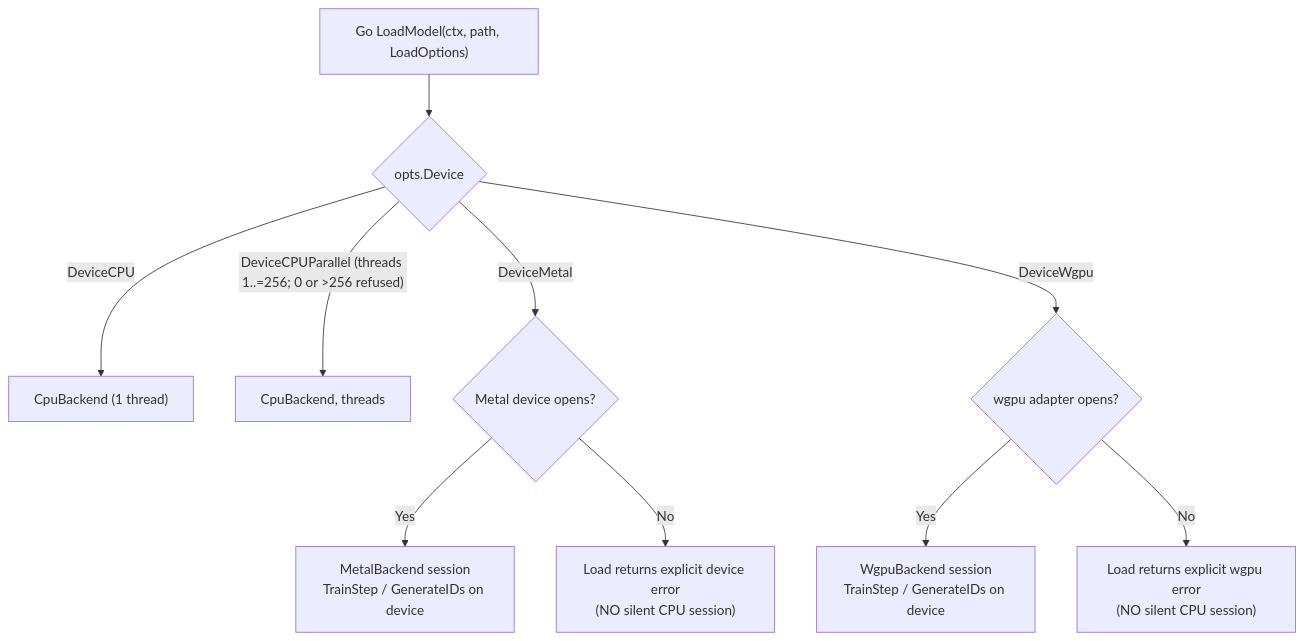
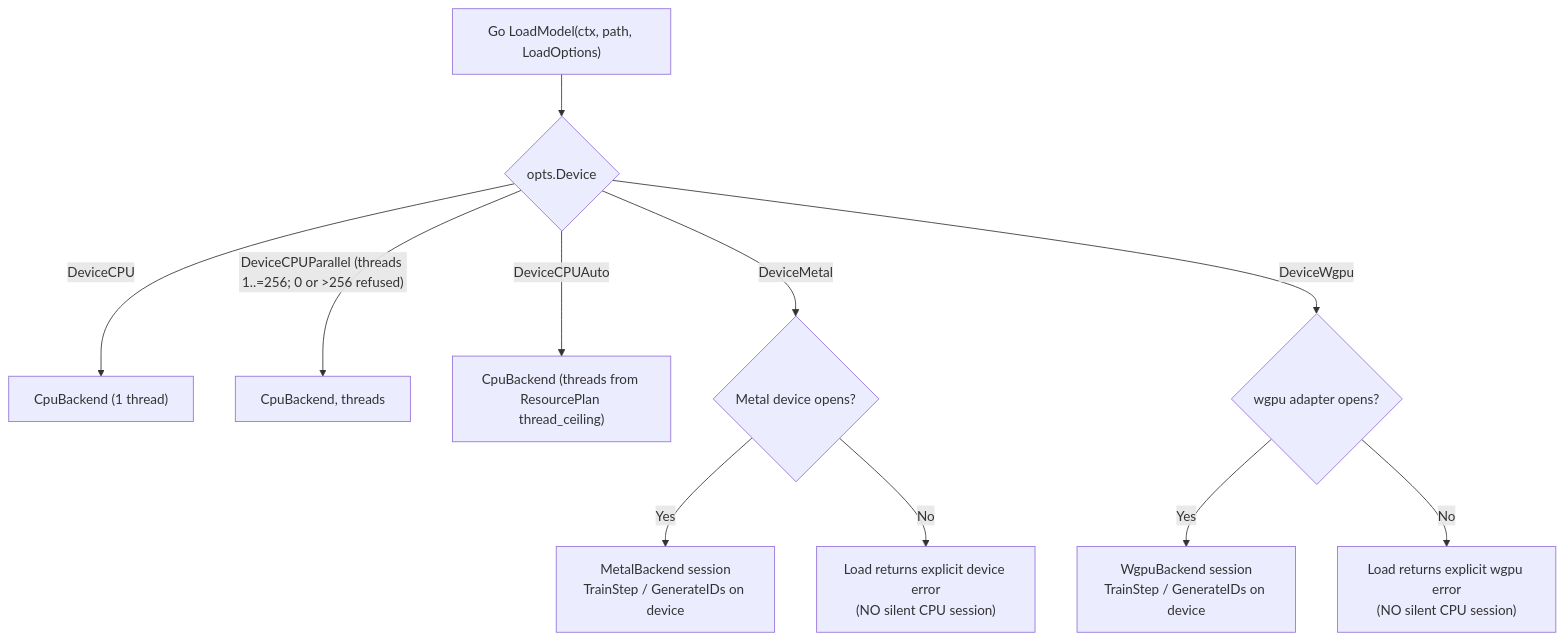
One commit to bharathvbcr/ojas changed the first of 3 diagrams in docs/backends.md. Above: the diagram before and after it, drawn with Mermaid. The commit also changed other lines of this file and 93 other files, not shown here.

First line of the commit message:
Harden kernels, backend operations, and benchmarks across CPU, SIMD, and runtime

````diff
--- a/docs/backends.md
+++ b/docs/backends.md
@@ -15,14 +15,15 @@
 ```mermaid
 flowchart TD
     LoadOn["Go LoadModel(ctx, path, LoadOptions)"] --> Kind{"opts.Device"}
 
     Kind -->|DeviceCPU| CPU["CpuBackend (1 thread)"]
     Kind -->|"DeviceCPUParallel (threads 1..=256; 0 or >256 refused)"| CPUP["CpuBackend, threads"]
+    Kind -->|DeviceCPUAuto| CPUA["CpuBackend (threads from ResourcePlan thread_ceiling)"]
     Kind -->|DeviceMetal| Metal{"Metal device opens?"}
     Kind -->|DeviceWgpu| Wgpu{"wgpu adapter opens?"}
 
     Metal -->|Yes| MetalB["MetalBackend session\nTrainStep / GenerateIDs on device"]
     Metal -->|No| MetalErr["Load returns explicit device error\n(NO silent CPU session)"]
     Wgpu -->|Yes| WgpuB["WgpuBackend session\nTrainStep / GenerateIDs on device"]
     Wgpu -->|No| WgpuErr["Load returns explicit wgpu error\n(NO silent CPU session)"]
 ```
````
